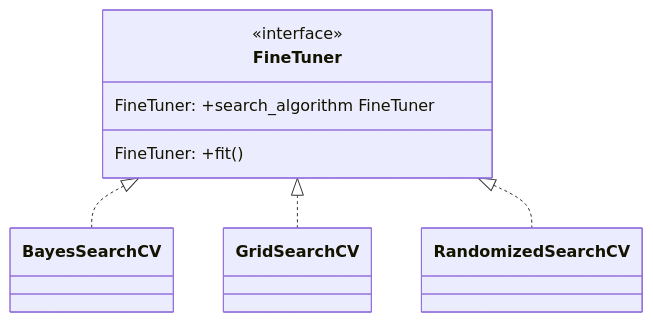
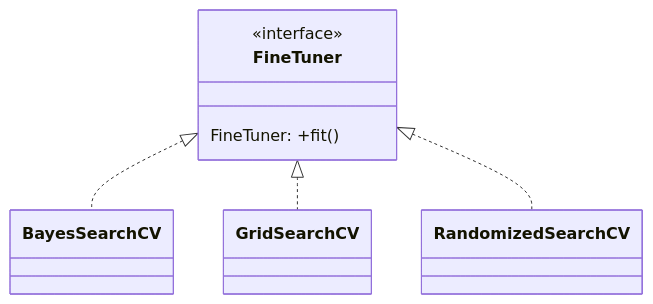
One commit to UribeAlejandro/DesignPatterns-MLFlow-for-ExperimentTracking changed the second of 7 diagrams in README.md. Above: the diagram before and after it, drawn with Mermaid. The commit also changed other lines of this file, not shown here.

````diff
--- a/README.md
+++ b/README.md
@@ -69,11 +68,10 @@
 ```mermaid
 classDiagram-v2
       class FineTuner{
         <<interface>>
-        FineTuner: +search_algorithm FineTuner
         FineTuner: +fit()
       }
       FineTuner <|.. BayesSearchCV
       FineTuner <|.. GridSearchCV
       FineTuner <|.. RandomizedSearchCV
 ```
````
